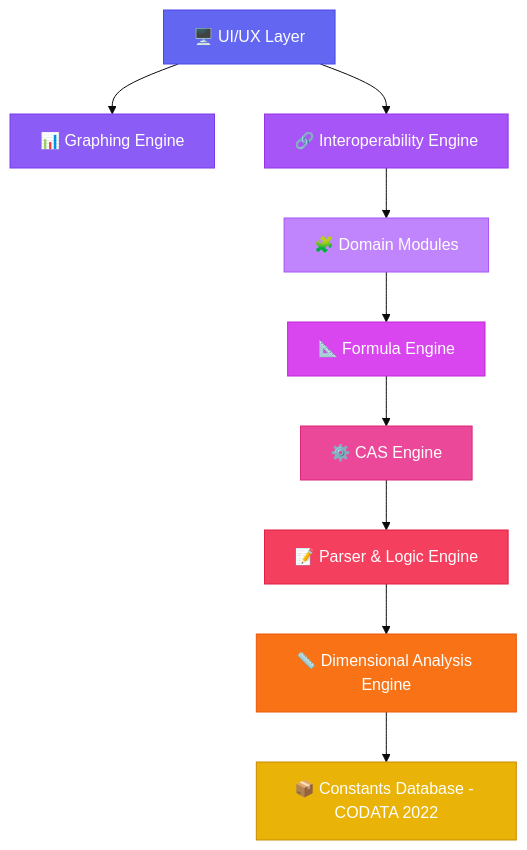
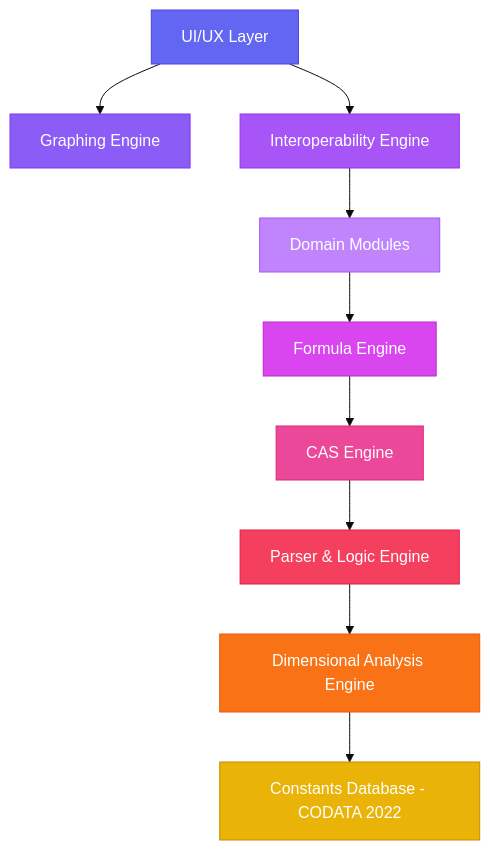
Before and after one commit to MasterZ1311/SuperCalcee: the first of 3 diagrams in understanding_supercalcee.md, drawn with Mermaid (base theme). The commit also changed other lines of this file and 52 other files, not shown here.

````diff
--- a/understanding_supercalcee.md
+++ b/understanding_supercalcee.md
@@ -30,21 +32,21 @@
 ```mermaid
 graph TD
-    A["🖥️ UI/UX Layer"] --> B["📊 Graphing Engine"]
-    A --> C["🔗 Interoperability Engine"]
-    C --> D["🧩 Domain Modules"]
-    D --> E["📐 Formula Engine"]
-    E --> F["⚙️ CAS Engine"]
-    F --> G["📝 Parser & Logic Engine"]
-    G --> H["📏 Dimensional Analysis Engine"]
-    H --> I["📦 Constants Database - CODATA 2022"]
+    A["UI/UX Layer"] --> B["Graphing Engine"]
+    A --> C["Interoperability Engine"]
+    C --> D["Domain Modules"]
+    D --> E["Formula Engine"]
+    E --> F["CAS Engine"]
+    F --> G["Parser & Logic Engine"]
+    G --> H["Dimensional Analysis Engine"]
+    H --> I["Constants Database - CODATA 2022"]
 
     style A fill:#6366f1,stroke:#4f46e5,color:#fff
     style B fill:#8b5cf6,stroke:#7c3aed,color:#fff
     style C fill:#a855f7,stroke:#9333ea,color:#fff
     style D fill:#c084fc,stroke:#a855f7,color:#fff
     style E fill:#d946ef,stroke:#c026d3,color:#fff
     style F fill:#ec4899,stroke:#db2777,color:#fff
     style G fill:#f43f5e,stroke:#e11d48,color:#fff
     style H fill:#f97316,stroke:#ea580c,color:#fff
     style I fill:#eab308,stroke:#ca8a04,color:#fff
 ```
````
